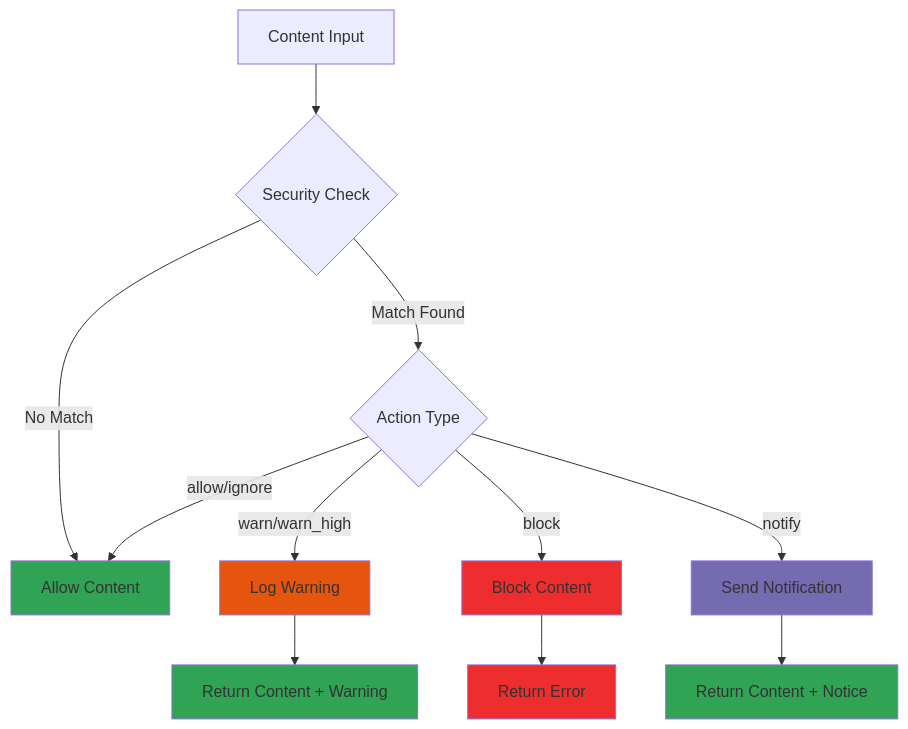
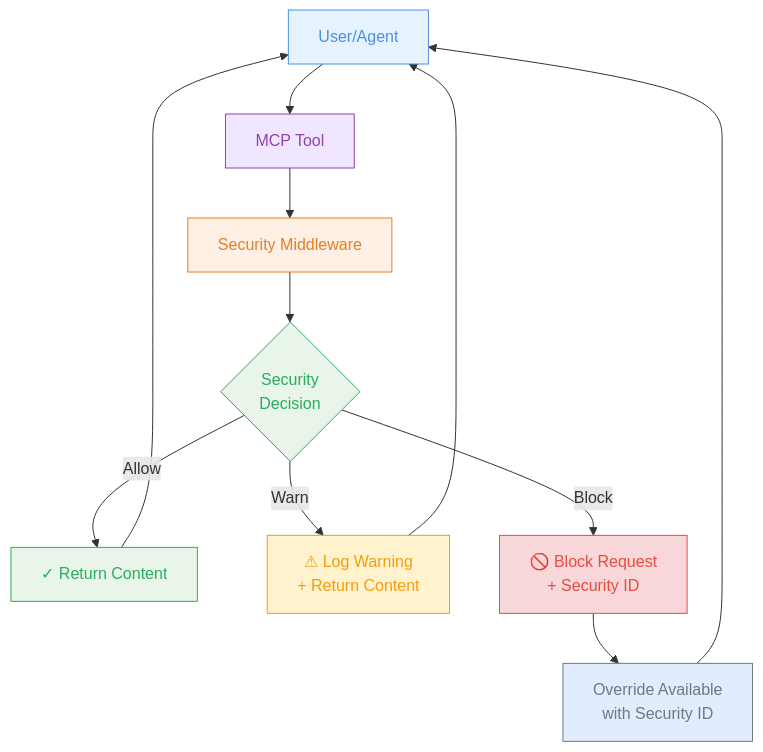
One commit to sammcj/mcp-devtools changed the second of 2 diagrams in docs/security.md. Above: the diagram before and after it, drawn with Mermaid. The commit also changed 18 other files, not shown here.

Commit message:
refactor: security middleware messages

````diff
--- a/docs/security.md
+++ b/docs/security.md
@@ -189,25 +189,34 @@
 ```mermaid
 flowchart TD
-    A[Content Input] --> B{Security Check}
-    B -->|Match Found| C{Action Type}
-    B -->|No Match| D[Allow Content]
+    U[User/Agent] --> T[MCP Tool]
+    T --> SM[Security Middleware]
 
-    C -->|allow/ignore| D
-    C -->|warn/warn_high| E[Log Warning]
-    C -->|block| F[Block Content]
-    C -->|notify| G[Send Notification]
+    SM --> D{Security<br>Decision}
 
-    E --> H[Return Content + Warning]
-    F --> I[Return Error]
-    G --> J[Return Content + Notice]
+    D -->|Allow| A[✓ Return Content]
+    D -->|Warn| W[⚠ Log Warning<br>+ Return Content]
+    D -->|Block| B[🚫 Block Request<br>+ Security ID]
 
-    classDef allow fill:#31A354
-    classDef warn fill:#E6550D
-    classDef block fill:#EE2E2E
-    classDef notify fill:#756BB1
+    A --> U
+    W --> U
+    B --> OV[Override Available<br>with Security ID]
+    OV --> U
 
-    class D,H,J allow
-    class E warn
-    class F,I block
-    class G notify
+    classDef userAgent fill:#E6F3FF,stroke:#4A90E2,color:#4A90E2
+    classDef tool fill:#F0E6FF,stroke:#8E44AD,color:#8E44AD
+    classDef security fill:#FFF0E6,stroke:#E67E22,color:#E67E22
+    classDef decision fill:#E8F5E8,stroke:#27AE60,color:#27AE60
+    classDef allow fill:#E8F5E8,stroke:#27AE60,color:#27AE60
+    classDef warn fill:#FFF3CD,stroke:#F39C12,color:#F39C12
+    classDef block fill:#F8D7DA,stroke:#E74C3C,color:#E74C3C
+    classDef override fill:#E1ECFF,stroke:#6C7B7F,color:#6C7B7F
+
+    class U userAgent
+    class T tool
+    class SM security
+    class D decision
+    class A allow
+    class W warn
+    class B block
+    class OV override
 ```
````
